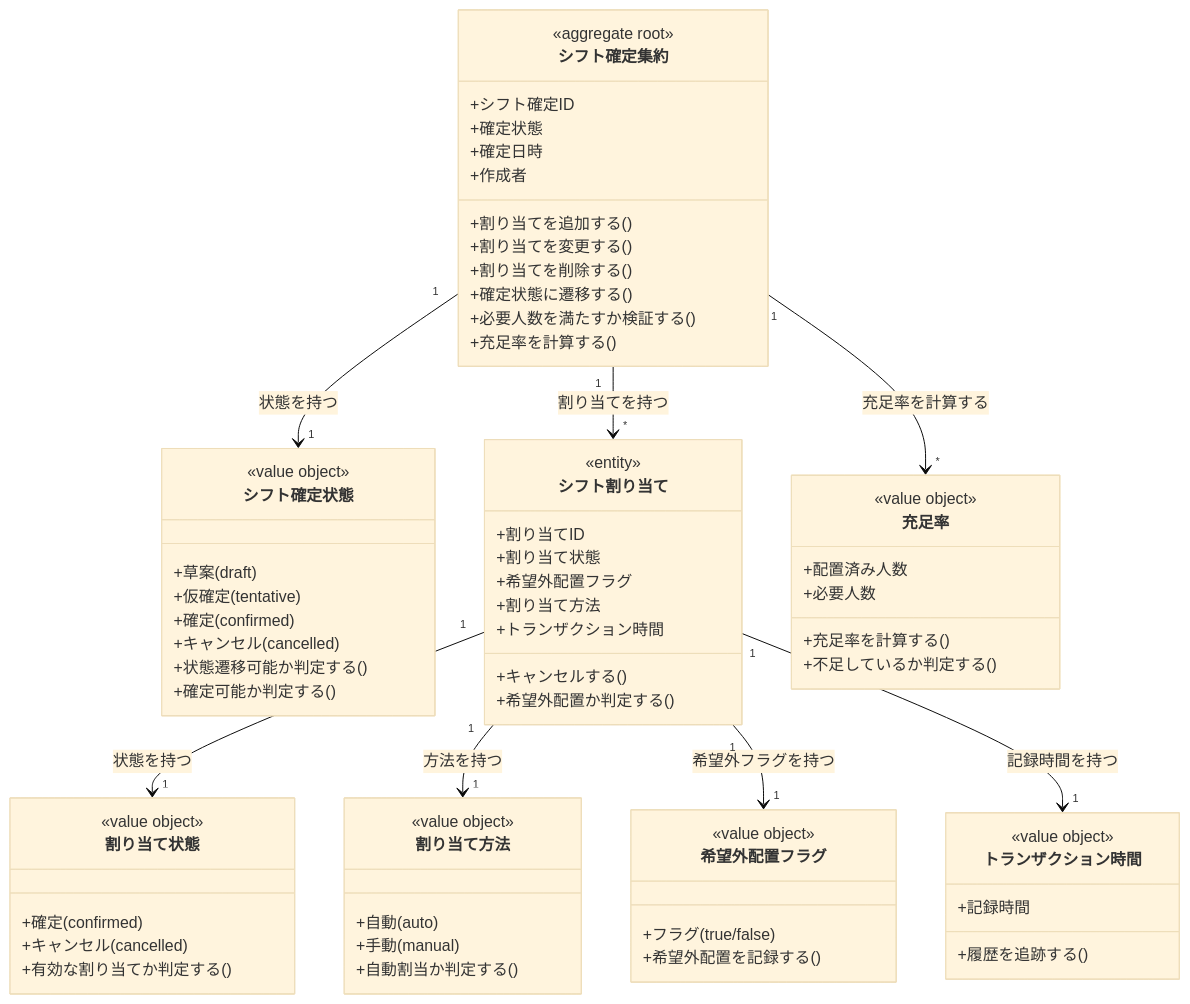
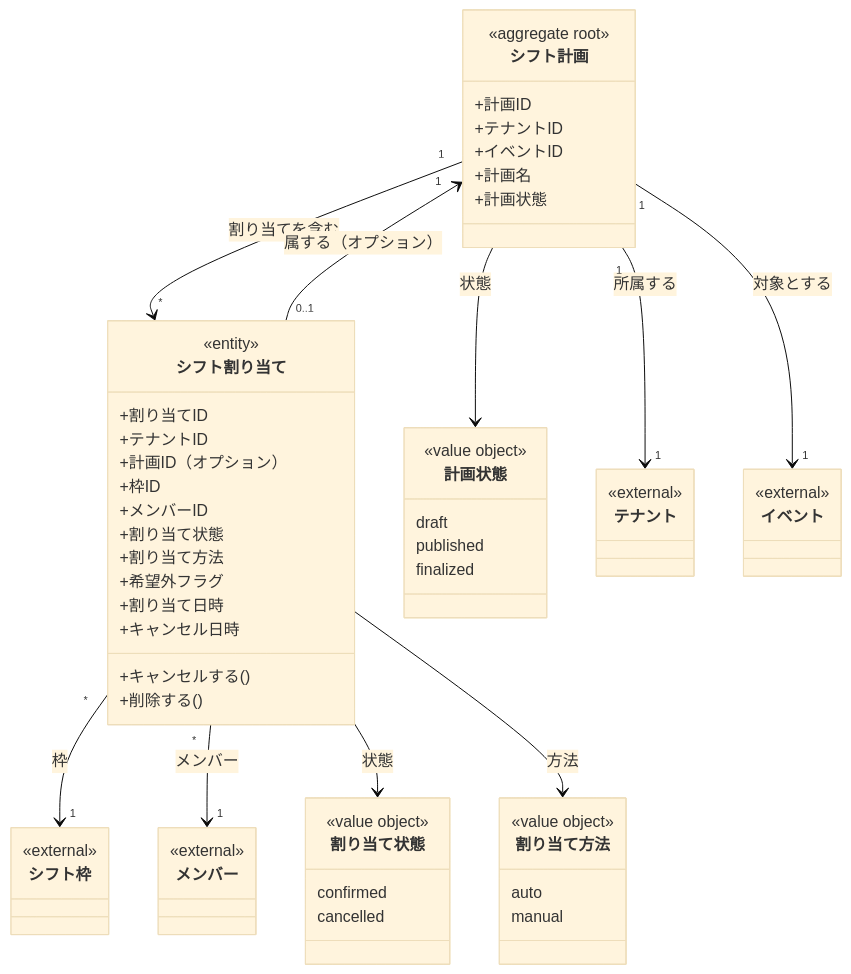
Before and after one commit to kento-matsunaga/vrc-shift-scheduler: the diagram in docs/domain/50_shift-plan-and-assignment/ドメインモデル.md, drawn with Mermaid (base theme). The commit also changed other lines of this file and 49 other files, not shown here.

````diff
--- a/docs/domain/50_shift-plan-and-assignment/ドメインモデル.md
+++ b/docs/domain/50_shift-plan-and-assignment/ドメインモデル.md
@@ -245,80 +89,72 @@
 ```mermaid
 classDiagram
-    class ShiftPlan["シフト確定集約"] {
+    class ShiftPlan["シフト計画"] {
         <<aggregate root>>
-        +シフト確定ID
-        +確定状態
-        +確定日時
-        +作成者
-        +割り当てを追加する()
-        +割り当てを変更する()
-        +割り当てを削除する()
-        +確定状態に遷移する()
-        +必要人数を満たすか検証する()
-        +充足率を計算する()
-    }
-
-    class ShiftPlanStatus["シフト確定状態"] {
-        <<value object>>
-        +草案(draft)
-        +仮確定(tentative)
-        +確定(confirmed)
-        +キャンセル(cancelled)
-        +状態遷移可能か判定する()
-        +確定可能か判定する()
+        +計画ID
+        +テナントID
+        +イベントID
+        +計画名
+        +計画状態
     }
 
     class ShiftAssignment["シフト割り当て"] {
         <<entity>>
         +割り当てID
+        +テナントID
+        +計画ID（オプション）
+        +枠ID
+        +メンバーID
         +割り当て状態
-        +希望外配置フラグ
         +割り当て方法
-        +トランザクション時間
+        +希望外フラグ
+        +割り当て日時
+        +キャンセル日時
         +キャンセルする()
-        +希望外配置か判定する()
+        +削除する()
+    }
+
+    class PlanStatus["計画状態"] {
+        <<value object>>
+        draft
+        published
+        finalized
     }
 
     class AssignmentStatus["割り当て状態"] {
         <<value object>>
-        +確定(confirmed)
-        +キャンセル(cancelled)
-        +有効な割り当てか判定する()
+        confirmed
+        cancelled
     }
 
     class AssignmentMethod["割り当て方法"] {
         <<value object>>
-        +自動(auto)
-        +手動(manual)
-        +自動割当か判定する()
+        auto
+        manual
     }
 
-    class OutsidePreferenceFlag["希望外配置フラグ"] {
-        <<value object>>
-        +フラグ(true/false)
-        +希望外配置を記録する()
+    class Tenant["テナント"] {
+        <<external>>
     }
 
-    class FulfillmentRate["充足率"] {
-        <<value object>>
-        +配置済み人数
-        +必要人数
-        +充足率を計算する()
-        +不足しているか判定する()
+    class Event["イベント"] {
+        <<external>>
     }
 
-    class TransactionTime["トランザクション時間"] {
-        <<value object>>
-        +記録時間
-        +履歴を追跡する()
+    class ShiftSlot["シフト枠"] {
+        <<external>>
     }
 
-    ShiftPlan "1" --> "1" ShiftPlanStatus : 状態を持つ
-    ShiftPlan "1" --> "*" ShiftAssignment : 割り当てを持つ
-    ShiftPlan "1" --> "*" FulfillmentRate : 充足率を計算する
-    
-    ShiftAssignment "1" --> "1" AssignmentStatus : 状態を持つ
-    ShiftAssignment "1" --> "1" AssignmentMethod : 方法を持つ
-    ShiftAssignment "1" --> "1" OutsidePreferenceFlag : 希望外フラグを持つ
-    ShiftAssignment "1" --> "1" TransactionTime : 記録時間を持つ
+    class Member["メンバー"] {
+        <<external>>
+    }
+
+    ShiftPlan "1" --> "1" Tenant : 所属する
+    ShiftPlan "1" --> "1" Event : 対象とする
+    ShiftPlan "1" --> "*" ShiftAssignment : 割り当てを含む
+    ShiftPlan --> PlanStatus : 状態
+    ShiftAssignment "0..1" --> "1" ShiftPlan : 属する（オプション）
+    ShiftAssignment "*" --> "1" ShiftSlot : 枠
+    ShiftAssignment "*" --> "1" Member : メンバー
+    ShiftAssignment --> AssignmentStatus : 状態
+    ShiftAssignment --> AssignmentMethod : 方法
 ```
````
